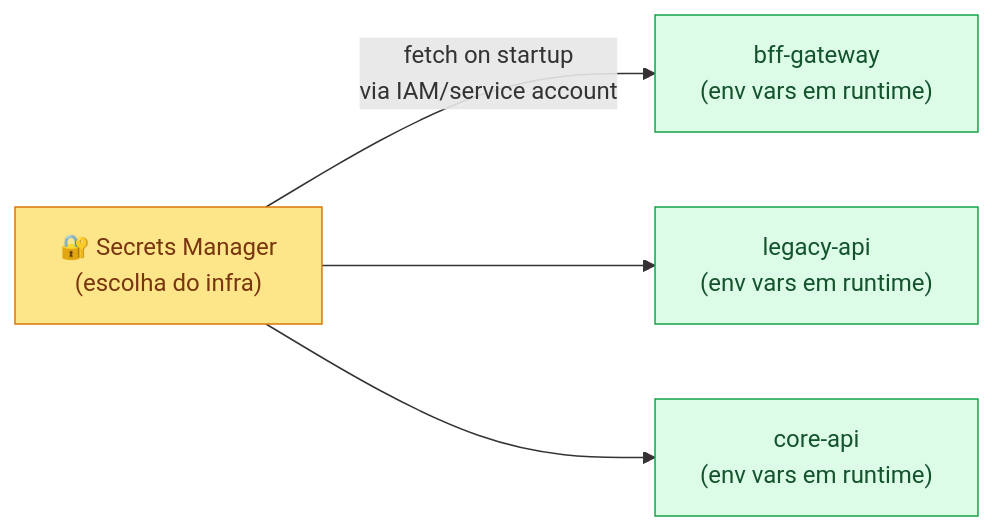
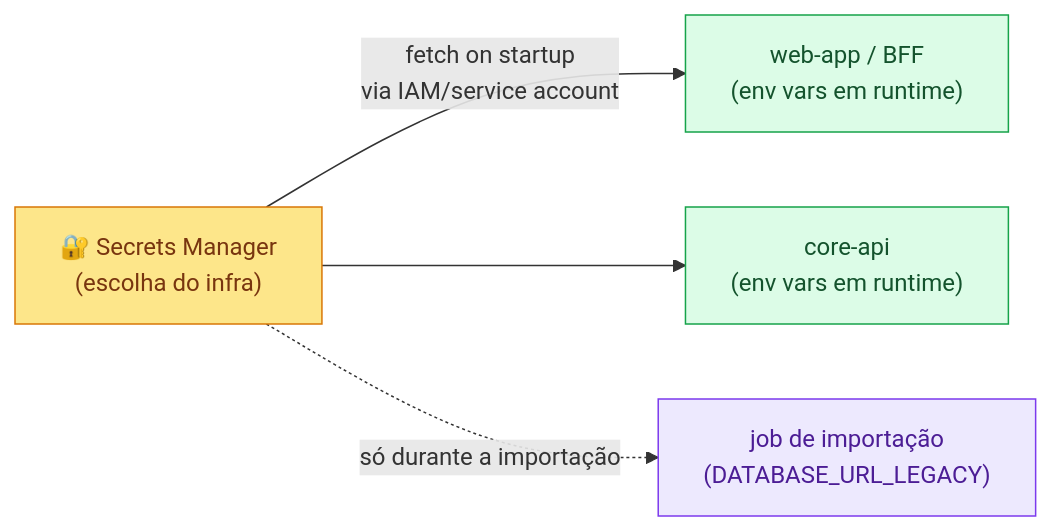
Before and after one commit to ERP-Bem-Comum/ERP-INFRA: the diagram in docs/secrets.md, drawn with Mermaid. The commit also changed other lines of this file and 2 other files, not shown here.

Commit message:
docs(infra): alinha topologia à arquitetura atual (web-app BFF embutido)
Reescreve docs/topology.md e ajusta secrets.md e observability.md para
refletir a arquitetura vigente, removendo o desenho defasado:

- Remove `legacy-api` (NestJS) e `bff-gateway` como serviços separados. O BFF
  é o próprio web-app (TanStack Start, front+BFF no mesmo processo); o legado
  é só o frontend congelado.
- Mantém o database `legacy` como camada de DADOS (importados do ERP antigo,
  sem serviço em runtime), com isolamento por GRANT
  (core_app / legacy_loader / readonly_bi).
- Outbox deixa de ser canal cross-BC legacy↔core e passa a ser o egress do
  core-api para sistemas externos (VAN Bradesco / OCR).
- Adiciona Object Storage (MinIO em dev) à topologia.
- topology.md passa a descrever explicitamente o ALVO DE PRODUÇÃO.

````diff
--- a/docs/secrets.md
+++ b/docs/secrets.md
@@ -88,15 +88,17 @@
 ```mermaid
 flowchart LR
-    SM["🔐 Secrets Manager<br/>(escolha do infra)"] -->|"fetch on startup<br/>via IAM/service account"| BFF
-    SM --> LEGACY
+    SM["🔐 Secrets Manager<br/>(escolha do infra)"] -->|"fetch on startup<br/>via IAM/service account"| WEB
     SM --> CORE
+    SM -.->|"só durante a importação"| MIG
 
-    BFF["bff-gateway<br/>(env vars em runtime)"]
-    LEGACY["legacy-api<br/>(env vars em runtime)"]
+    WEB["web-app / BFF<br/>(env vars em runtime)"]
     CORE["core-api<br/>(env vars em runtime)"]
+    MIG["job de importação<br/>(DATABASE_URL_LEGACY)"]
 
     classDef sm fill:#fde68a,stroke:#d97706,color:#78350f
     classDef svc fill:#dcfce7,stroke:#16a34a,color:#14532d
+    classDef batch fill:#ede9fe,stroke:#7c3aed,color:#4c1d95
     class SM sm
-    class BFF,LEGACY,CORE svc
+    class WEB,CORE svc
+    class MIG batch
 ```
````
